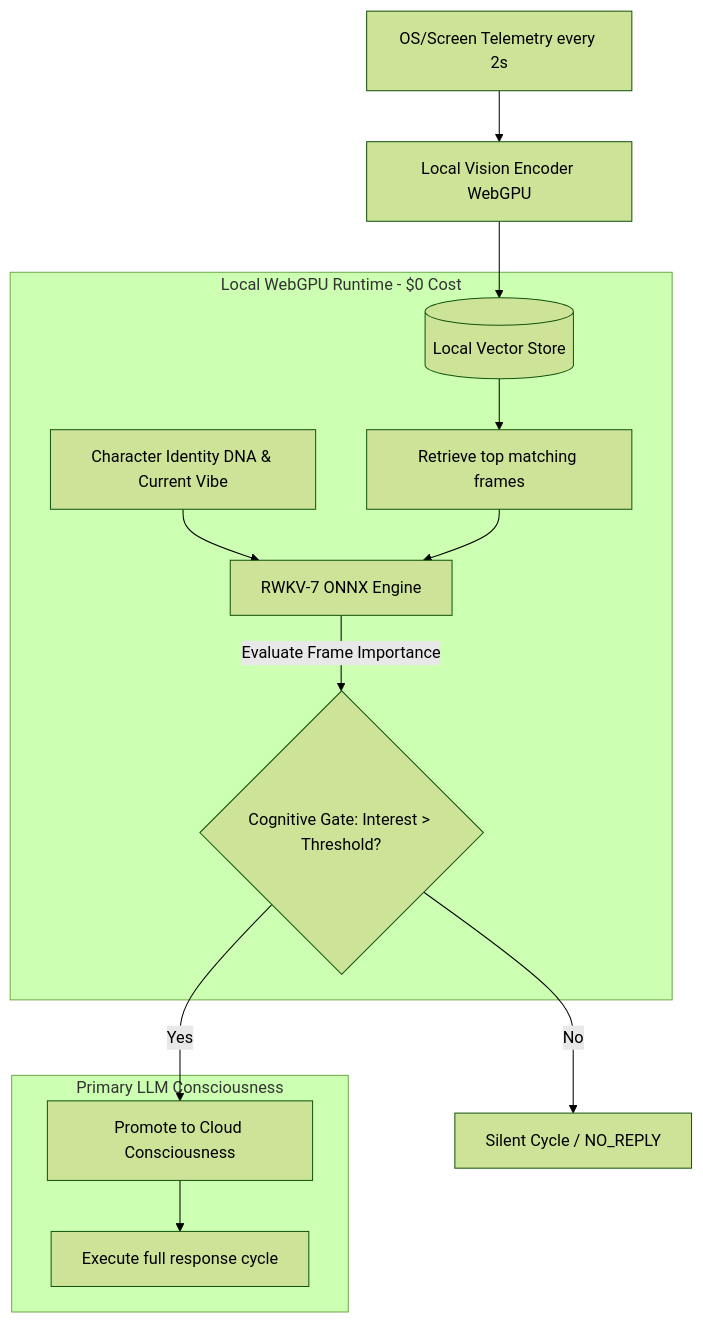
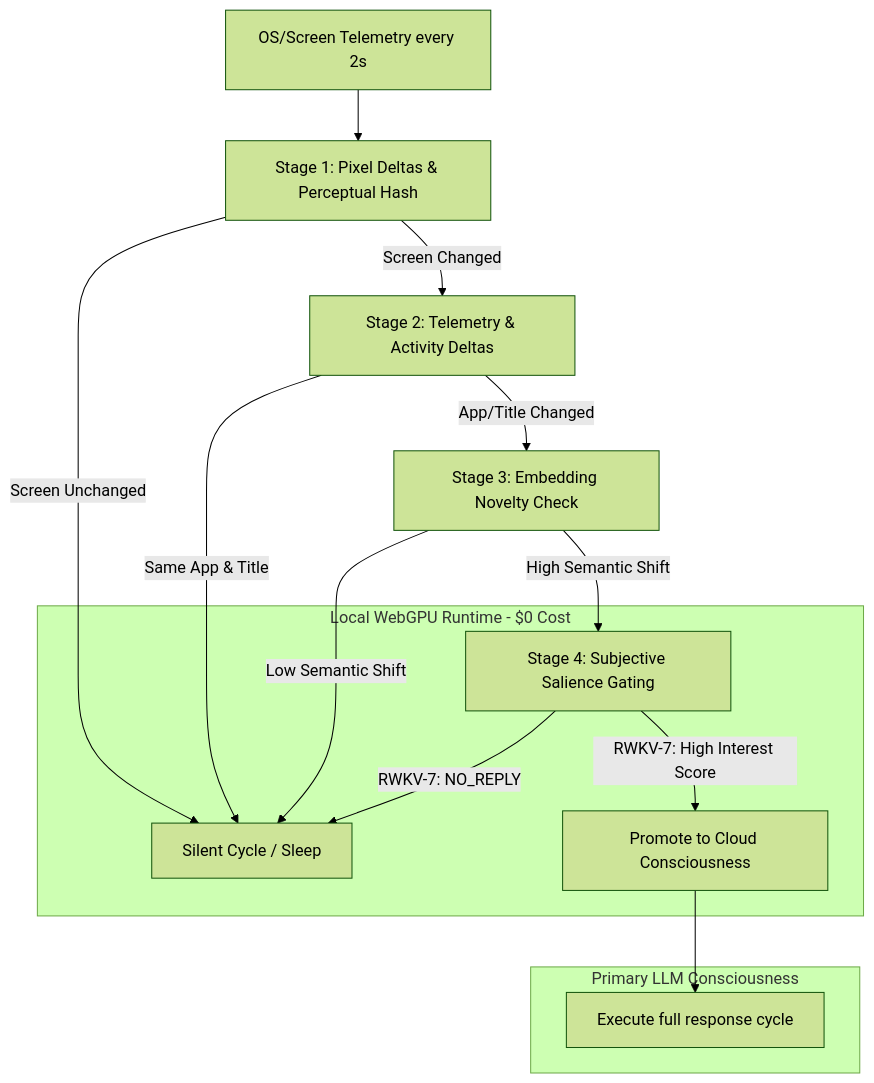
The diagram in docs/proposal-attention-ecology-local-webgpu-guard.md (gg582/airi), drawn with Mermaid (forest theme) before and after one commit. The commit also changed other lines of this file and 3 other files, not shown here.

First line of the commit message:
docs: refine Attention Ecology proposal, clarify Discord roadmap & design Vibe Island PoC

````diff
--- a/docs/proposal-attention-ecology-local-webgpu-guard.md
+++ b/docs/proposal-attention-ecology-local-webgpu-guard.md
@@ -52,19 +68,21 @@
 ```mermaid
 flowchart TD
-    A[OS/Screen Telemetry every 2s] --> B[Local Vision Encoder WebGPU]
-    B --> C[(Local Vector Store)]
+    A[OS/Screen Telemetry every 2s] --> B[Stage 1: Pixel Deltas & Perceptual Hash]
+    B -->|Screen Unchanged| C[Silent Cycle / Sleep]
+    B -->|Screen Changed| D[Stage 2: Telemetry & Activity Deltas]
+
+    D -->|Same App & Title| C
+    D -->|App/Title Changed| E[Stage 3: Embedding Novelty Check]
+
+    E -->|Low Semantic Shift| C
+    E -->|High Semantic Shift| F[Stage 4: Subjective Salience Gating]
 
     subgraph Local Tier [Local WebGPU Runtime - $0 Cost]
-        C --> D[Retrieve top matching frames]
-        E1[Character Identity DNA & Current Vibe] --> E[RWKV-7 ONNX Engine]
-        D --> E
-        E -->|Evaluate Frame Importance| F{Cognitive Gate: Interest > Threshold?}
+        F -->|RWKV-7: NO_REPLY| C
+        F -->|RWKV-7: High Interest Score| G[Promote to Cloud Consciousness]
     end
 
-    F -->|No| G[Silent Cycle / NO_REPLY]
-    F -->|Yes| H[Promote to Cloud Consciousness]
-
     subgraph Cloud Tier [Primary LLM Consciousness]
-        H --> I[Execute full response cycle]
+        G --> H[Execute full response cycle]
     end
 ```
````
